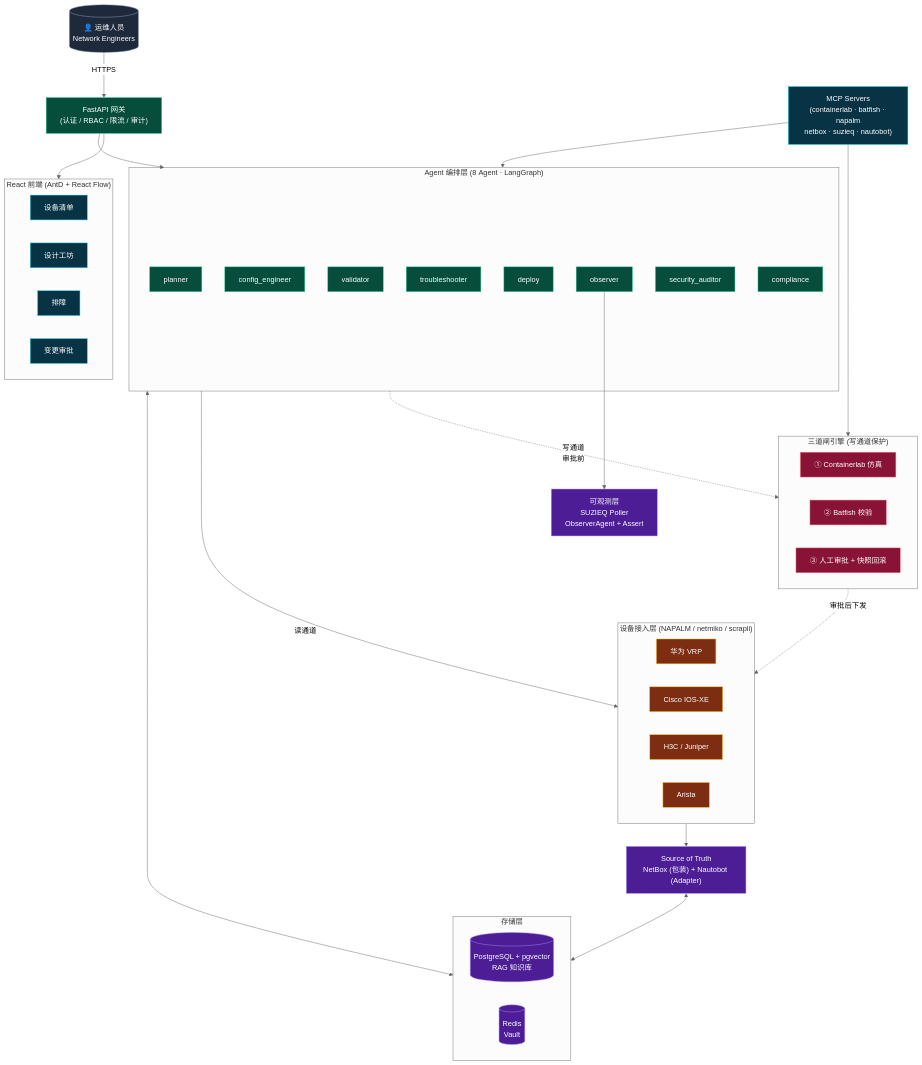
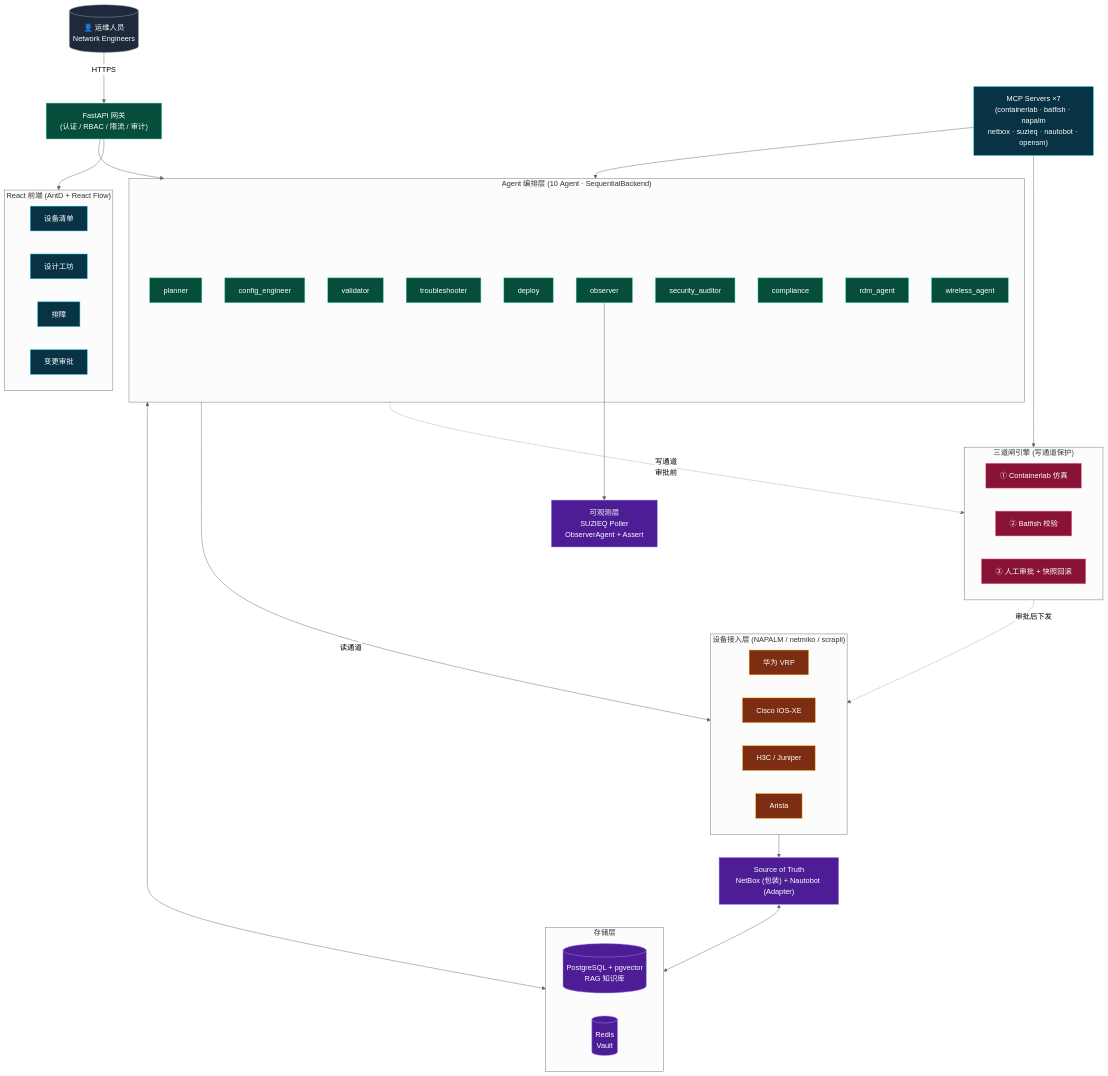
Before and after one commit to echocc00/NetSage: the diagram in README.md, drawn with Mermaid (neutral theme). The commit also changed other lines of this file and 65 other files, not shown here.

````diff
--- a/README.md
+++ b/README.md
@@ -102,71 +106,73 @@
 ```mermaid
 flowchart TB
     classDef frontend fill:#083344,stroke:#22d3ee,color:#fff
     classDef backend fill:#064e3b,stroke:#34d399,color:#fff
     classDef device fill:#7c2d12,stroke:#fbbf24,color:#fff
     classDef storage fill:#4c1d95,stroke:#a78bfa,color:#fff
     classDef security fill:#881337,stroke:#fb7185,color:#fff
     classDef external fill:#1e293b,stroke:#94a3b8,color:#fff
 
     Operator[("👤 运维人员<br/>Network Engineers")]:::external
 
     subgraph Frontend["React 前端 (AntD + React Flow)"]
         UI_Device[设备清单]:::frontend
         UI_Design[设计工坊]:::frontend
         UI_Trouble[排障]:::frontend
         UI_Approve[变更审批]:::frontend
     end
 
     Gateway["FastAPI 网关<br/>(认证 / RBAC / 限流 / 审计)"]:::backend
 
-    subgraph AgentLayer["Agent 编排层 (8 Agent · LangGraph)"]
+    subgraph AgentLayer["Agent 编排层 (10 Agent · SequentialBackend)"]
         Planner[planner]:::backend
         ConfigEng[config_engineer]:::backend
         Validator[validator]:::backend
         TroubleShooter[troubleshooter]:::backend
         Deploy[deploy]:::backend
         Observer[observer]:::backend
         SecAuditor[security_auditor]:::backend
         Compliance[compliance]:::backend
+        RdmAgent[rdm_agent]:::backend
+        WirelessAgent[wireless_agent]:::backend
     end
 
     subgraph ThreeGates["三道闸引擎 (写通道保护)"]
         Gate1["① Containerlab 仿真"]:::security
         Gate2["② Batfish 校验"]:::security
         Gate3["③ 人工审批 + 快照回滚"]:::security
     end
 
-    MCPLayer["MCP Servers<br/>(containerlab · batfish · napalm<br/>netbox · suzieq · nautobot)"]:::frontend
+    MCPLayer["MCP Servers ×7<br/>(containerlab · batfish · napalm<br/>netbox · suzieq · nautobot · opensm)"]:::frontend
 
     subgraph DeviceLayer["设备接入层 (NAPALM / netmiko / scrapli)"]
         Huawei[华为 VRP]:::device
         Cisco[Cisco IOS-XE]:::device
         H3C[H3C / Juniper]:::device
         Arista[Arista]:::device
     end
 
     SoT["Source of Truth<br/>NetBox (包装) + Nautobot (Adapter)"]:::storage
 
     subgraph Storage["存储层"]
         PG[("PostgreSQL + pgvector<br/>RAG 知识库")]:::storage
         Redis[("Redis<br/>Vault")]:::storage
     end
 
     Obs["可观测层<br/>SUZIEQ Poller<br/>ObserverAgent + Assert"]:::storage
 
     Operator -->|HTTPS| Gateway
     Gateway --> Frontend
     Gateway --> AgentLayer
 
     AgentLayer -.->|写通道<br/>审批前| ThreeGates
     ThreeGates -.->|审批后下发| DeviceLayer
     AgentLayer -->|读通道| DeviceLayer
     DeviceLayer --> SoT
 
     MCPLayer --> ThreeGates
     MCPLayer --> AgentLayer
 
     AgentLayer <--> Storage
     SoT <--> Storage
     Observer --> Obs
 ```
````
